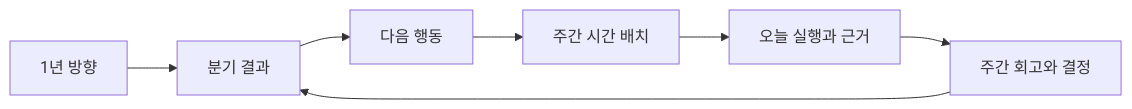
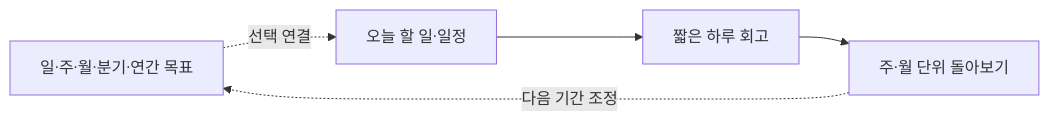
The first of 2 diagrams in README.md (jieseob1/planner), drawn with Mermaid before and after one commit. The commit also changed other lines of this file and 65 other files, not shown here.

````diff
--- a/README.md
+++ b/README.md
@@ -79,9 +110,7 @@
 ```mermaid
 flowchart LR
-  A[1년 방향] --> B[분기 결과]
-  B --> C[다음 행동]
-  C --> D[주간 시간 배치]
-  D --> E[오늘 실행과 근거]
-  E --> F[주간 회고와 결정]
-  F --> B
+  A[일·주·월·분기·연간 목표] -. 선택 연결 .-> B[오늘 할 일·일정]
+  B --> C[짧은 하루 회고]
+  C --> D[주·월 단위 돌아보기]
+  D -. 다음 기간 조정 .-> A
 ```
````
